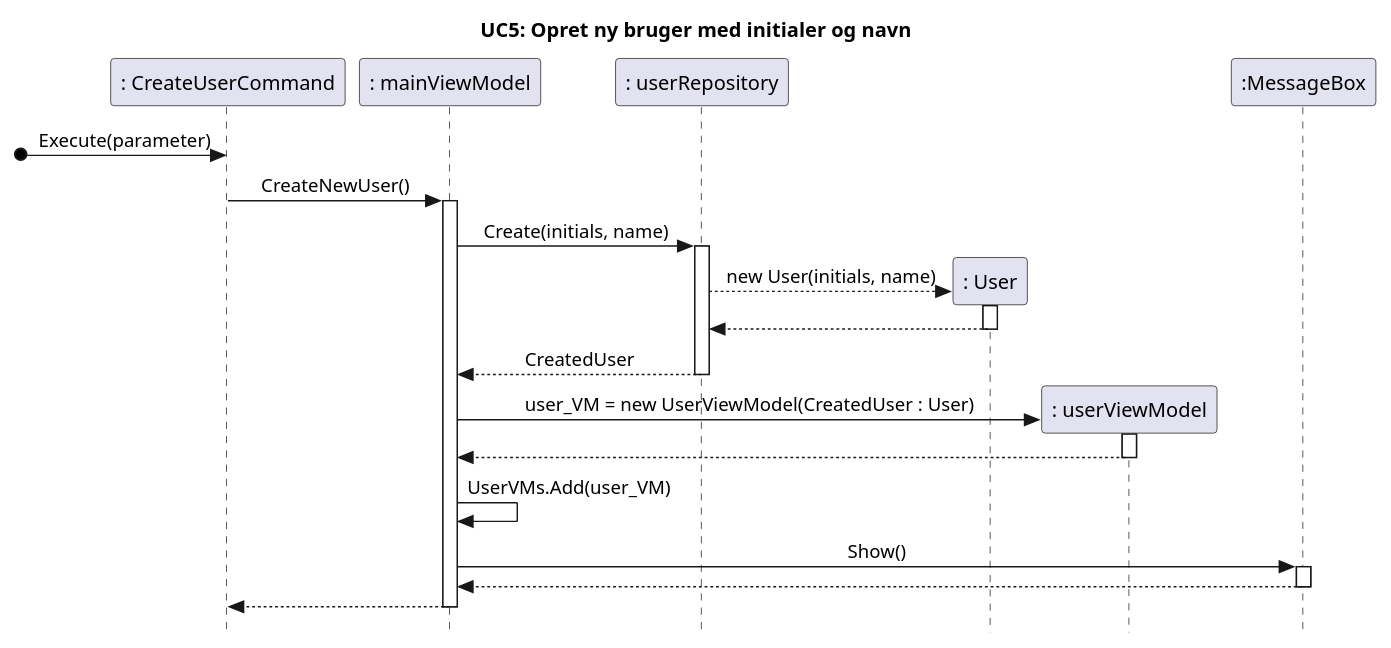
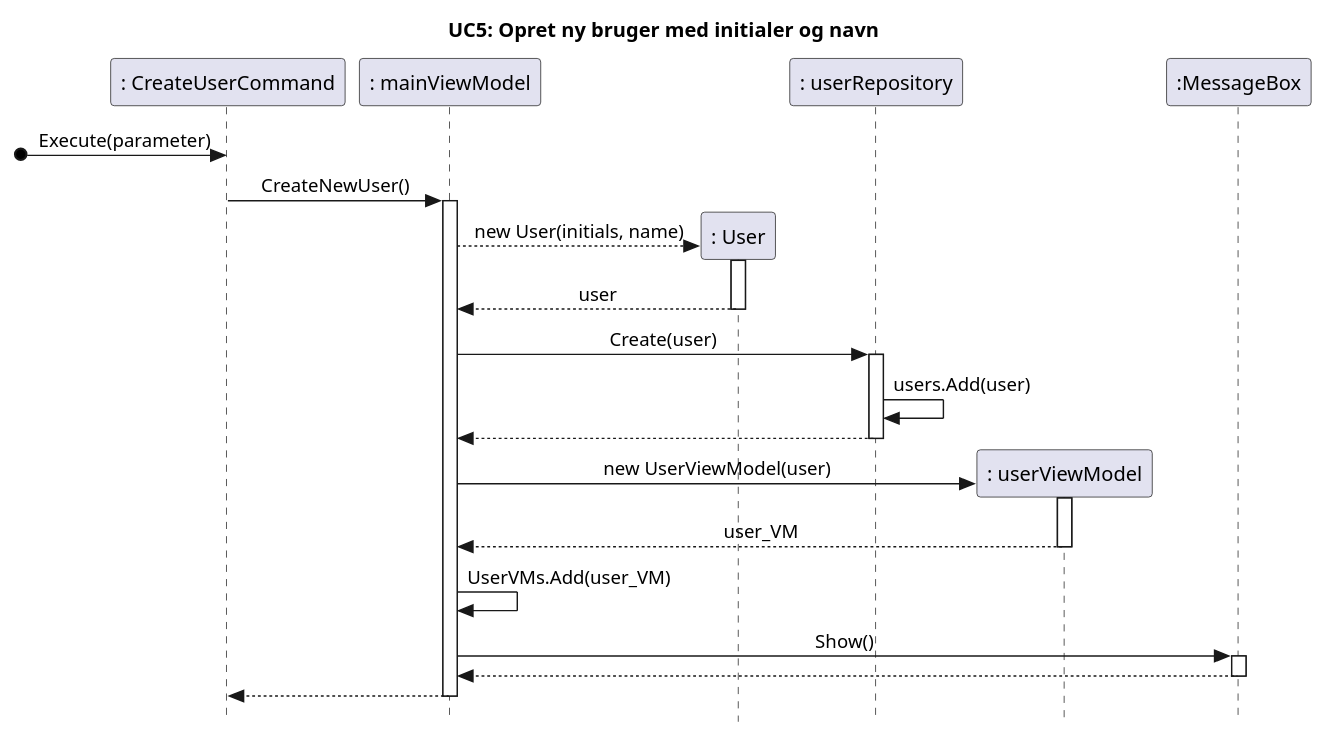
One commit to ToothbrushPenguin/DM-TeamX-2.Semester changed the diagram in Diagrams/UC_5_SD_Opret ny bruger med initialer og navn.plantuml. Above: the diagram before and after it, drawn with PlantUML. The commit also changed 2 other files, not shown here.

```diff
--- a/Diagrams/UC_5_SD_Opret ny bruger med initialer og navn.plantuml
+++ b/Diagrams/UC_5_SD_Opret ny bruger med initialer og navn.plantuml
@@ -1,33 +1,34 @@
 @startuml
 skinparam style strictuml
 skinparam sequenceMessageAlign center
 title UC5: Opret ny bruger med initialer og navn
 
 
 participant ": CreateUserCommand" as CUC
 participant ": mainViewModel" as mvm
+participant ": User" as U
+participant ": userRepository" as urepo
 
-participant ": userRepository" as urepo
-participant ": User" as U
 participant ": userViewModel" as uvm
 
 participant ":MessageBox" as MB
 
 [o-> CUC: Execute(parameter)
     CUC -> mvm ++: CreateNewUser()
-        mvm -> urepo ++: Create(initials, name)
-            create U
-            urepo --> U ++: new User(initials, name)
-            return 
-        return CreatedUser
+        create U
+        mvm --> U ++: new User(initials, name)
+        return user
+        mvm -> urepo ++: Create(user)
+        urepo -> urepo : users.Add(user)    
+        return 
         
         create uvm
-        mvm -> uvm ++: user_VM = new UserViewModel(CreatedUser : User)
-        return
+        mvm -> uvm ++: new UserViewModel(user)
+        return user_VM
         mvm -> mvm: UserVMs.Add(user_VM)
                 
         mvm -> MB ++: Show()
         return
     return
 
 @enduml
```
